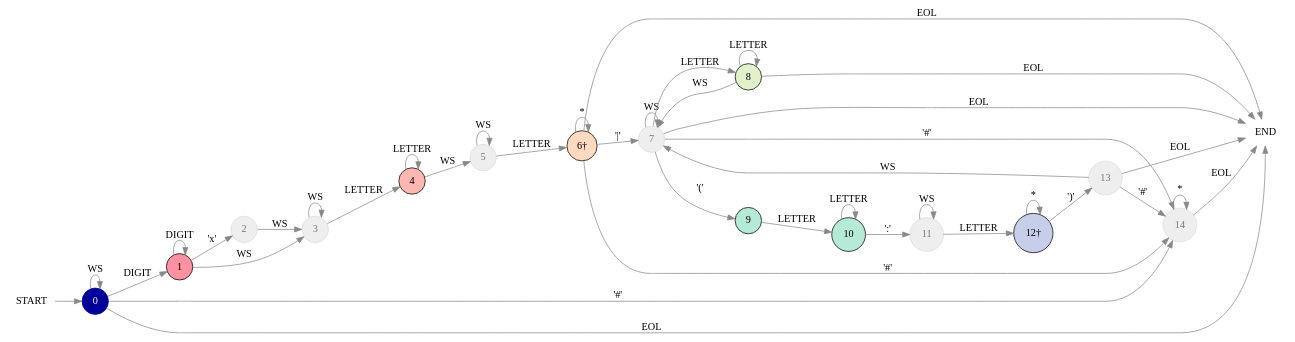
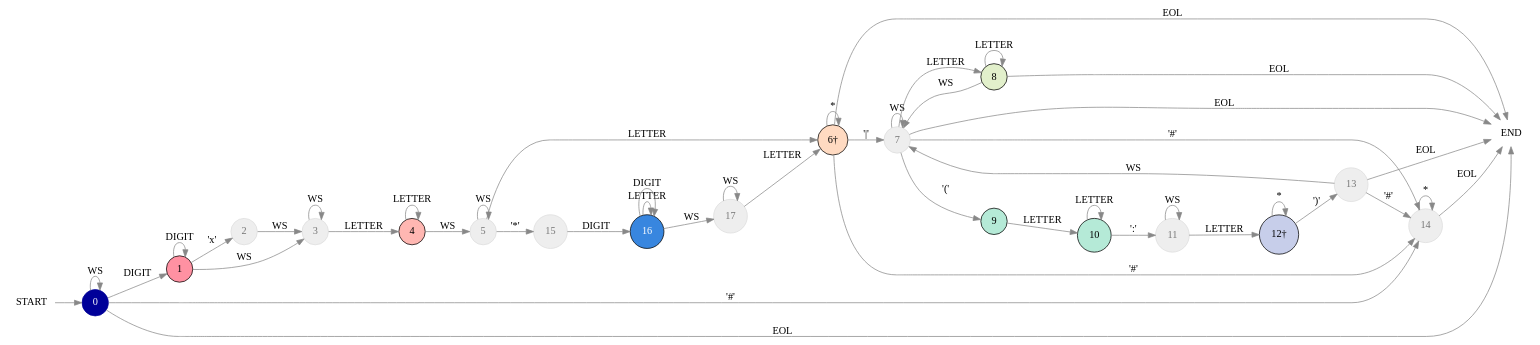
One commit to jhunt/vault-of-cardboard changed the diagram in dev/parser-fsm.dot. Above: the diagram before and after it, drawn with Graphviz. The commit also changed 11 other files, not shown here.

First line of the commit message:
Handle Collector Number in CDIF

```diff
--- a/dev/parser-fsm.dot
+++ b/dev/parser-fsm.dot
@@ -1,134 +1,157 @@
 /*
 
   dev/parser-fsm.dot - GraphViz DAG representing the FSM / DFA for parsing
                        the Vault of Cardboard (native) card data import
                        format (CDIF).
 
  */
 digraph lang {
    rankdir = LR
    edge [color="#888888"]
    node [shape=circle]
    { node [style=filled,fillcolor="#eeeeee",fontcolor="#777777",color="#dddddd"] 2 3 5 7 11 13 14 }
    { node [style=filled,fillcolor="#000099",fontcolor="#ffffff",color="#000099"] 0 }
    { node [style=filled,fillcolor="#ff91a2"]             1 }
    { node [style=filled,fillcolor="#ffb7b2"]             4 }
    { node [style=filled,fillcolor="#ffdac1",label="6†"]  6 }
    { node [style=filled,fillcolor="#e2f0cb"]             8 }
    { node [style=filled,fillcolor="#b5ead7"]             9 10}
    { node [style=filled,fillcolor="#c7ceea",label="12†"] 12 }
    { node [style=filled,fillcolor="#b7d0e3"]             14 }
+   { node [style=filled,fillcolor="#3886df",fontcolor="#ffffff"] 16 }
+   { node [style=filled,fillcolor="#eeeeee",fontcolor="#777777",color="#dddddd"] 15 17 }
    { node [shape=none] START 99 [label="END"] }
 
 
    /*
         0  starting state   The parser FSM begins in this state
 
         1  in(quantity)     The parser has seen a digit, and is expecting the rest of the
                             quantity numeric value.
 
         2  after("x")       The parser has seen the optional 'x' suffix, so the quantity is
                             now known and it is expecting at least one whitespace character.
 
         3  after(quantity)  The parser has encountered at least one delimiting whitespace
                             while parsing the numeric quantity - that quantity is now known,
                             and the parser expects to (eventually) move to the set code.
 
         4  in(set)          The parser has seen at least one printable character and is
                             in the process of identifying the set that the card(s) belong to.
 
         5  after(set)       The parser has seen at least one whitespace character, and now
                             knows the entirety of the set code.  It is now expecting to
-                            find either whitespace, or the start of an Oracle card name.
+                            find either whitespace, a collector number, or the start of an
+                            Oracle card name.
+
+       15  before(num)      The parser has seen the opening '*' character denoting an optional
+                            collector number clarifying clause.  It is now expecting to find
+                            a numeric (0-9) digit to start off a collector number.
+
+       16  in(num)          The parser has seen the first (numeric) digit of the collector
+                            number clarifier, and is now expecting either whitespace (the
+                            end of the collector number), or more (alphanumeric) digit.
+
+       17  after(num)       The parser has seen at least one whitespace character following
+                            a valid collector number.  It is now expecting either more
+                            whitespace, or the start of an Oracle card name.
 
         6  in(oracle)       The parser has seen a non-whitespace character, and has started
                             tracking the full text of the Oracle card name.  This will
                             continue until either end-of-line, or the pipe-variant delimiter
                             is encountered.
 
                             †NOTE: The recognized value for the oracle may contain trailing
                             whitespace, since it consumes ALL characters until it sees ')';
                             This is acceptable -- trailing whitespace should be trivial to
                             remove from the final recognized token value.
 
         7 before(vars)      The parser has seen the singleton pipe-variant delimiter ("|")
                             and is expecting either whitespace or the beginning of a
                             print-card variant attribute.
 
         8 in(gvariant)      The parser has seen a printable character and is interpreting
                             the remainder of the printable string as a global variant token,
                             with global, prescribed semantics (i.e. "NM" or "foil").
 
         9 in(lvariant)      The parser has seen the '(' opening delimiter for local variants,
                             and is expecting to immediately see the first printable character
                             of the local variant short name, without intervening whitespace.
 
        10 in(lkey)          The parser has seen at least one printable character for the
                             local variant key, and is expecting to see either more of that,
                             or the key-value delimiter (":") -- no whitespace is allowed.
 
        11 after(lkey)       The parser has seen the key-value delimiter, and now knows the
                             local variant key.  It is expecting to see optional whitespace,
                             or the beginning of the local variant value (as a printable).
 
        12 in(lvalue)        The parser has seen the first printable character for the local
                             variant value (or _annotation_, if you prefer).  It will continue
                             to consume all characters until the ')' closing delimiter is seen.
 
                             †NOTE: The recognized value for the lvalue may contain trailing
                             whitespace, since it consumes ALL characters until it sees ')';
                             This is acceptable -- trailing whitespace should be trivial to
                             remove from the final recognized token value.
 
        13 after(lvar)       The parser has seen the ')' closing delimiter for local variants;
                             the entirety of the local variant (key and value) is now known.
                             Now the parser is expecting at least one whitespace character
                             before it starts to recognize the next variant.
 
 
        14 in(comment)       The parser has seen the comment delimiter, '#', and is now in a
                             pattern of input exhaustion until it reaches end-of-line and
                             terminates.
 
     */
 
    START -> 0
     0 ->  0 [label="WS"]
     0 ->  1 [label="DIGIT"]
     0 -> 14 [label="'#'"]
     0 -> 99 [label="EOL"]
     1 ->  1 [label="DIGIT"]
     1 ->  2 [label="'x'"]
     1 ->  3 [label="WS"]
     2 ->  3 [label="WS"]
     3 ->  3 [label="WS"]
     3 ->  4 [label="LETTER"]
     4 ->  4 [label="LETTER"]
     4 ->  5 [label="WS"]
     5 ->  5 [label="WS"]
     5 ->  6 [label="LETTER"]
     6 ->  6 [label="*"]
     6 ->  7 [label="'|'"]
     6 -> 14 [label="'#'"]
     6 -> 99 [label="EOL"]
     7 ->  7 [label="WS"]
     7 ->  8 [label="LETTER"]
     7 ->  9 [label="'('"]
     7 -> 14 [label="'#'"]
     7 -> 99 [label="EOL"]
     8 ->  7 [label="WS"]
     8 ->  8 [label="LETTER"]
     8 -> 99 [label="EOL"]
     9 -> 10 [label="LETTER"]
    10 -> 10 [label="LETTER"]
    10 -> 11 [label="':'"]
    11 -> 11 [label="WS"]
    11 -> 12 [label="LETTER"]
    12 -> 12 [label="*"]
    12 -> 13 [label="')'"]
    13 ->  7 [label="WS"]
    13 -> 14 [label="'#'"]
    13 -> 99 [label="EOL"]
    14 -> 14 [label="*"]
    14 -> 99 [label="EOL"]
+
+    5 -> 15 [label="'*'"]
+   15 -> 16 [label="DIGIT"]
+   16 -> 16 [label="LETTER"]
+   16 -> 16 [label="DIGIT"]
+   16 -> 17 [label="WS"]
+   17 -> 17 [label="WS"]
+   17 ->  6 [label="LETTER"]
 }
```
